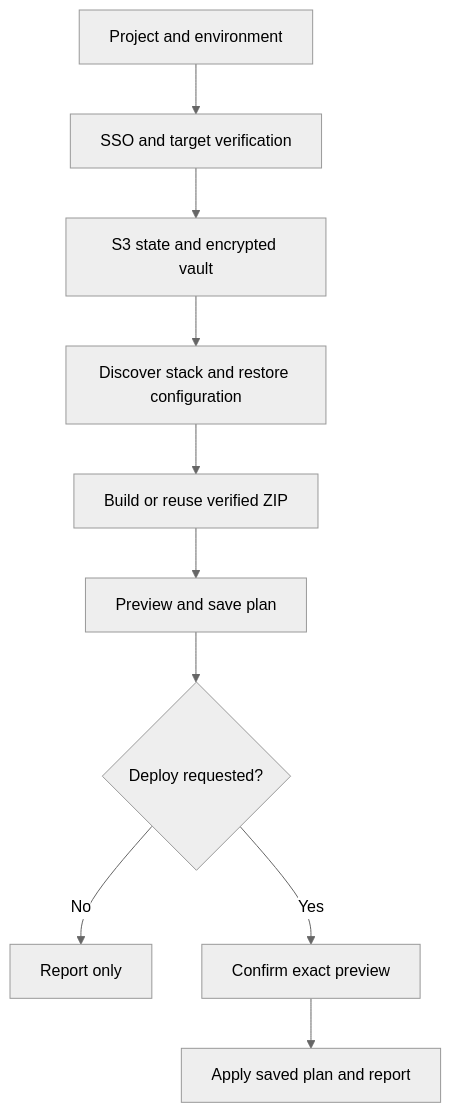
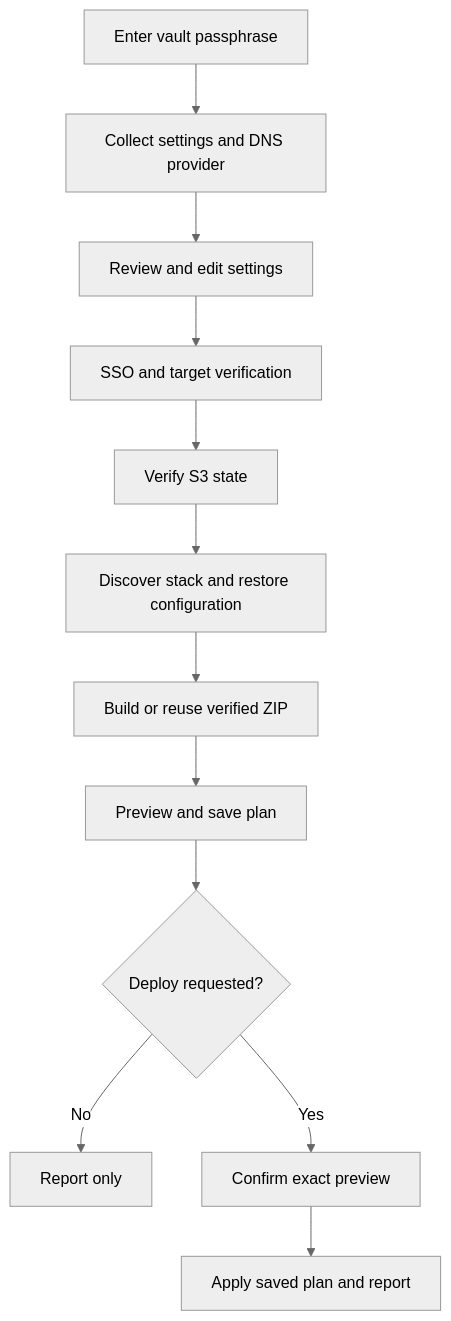
The diagram in docs/design/deployment-wizard.md (lambdawalker/go.apexfission.aws.email-verification), drawn with Mermaid (neutral theme) before and after one commit. The commit also changed other lines of this file and 4 other files, not shown here.

Commit message:
Ask for the SES sender domain's DNS provider

````diff
--- a/docs/design/deployment-wizard.md
+++ b/docs/design/deployment-wizard.md
@@ -92,12 +92,14 @@
 ```mermaid
 flowchart TD
-    I["Project and environment"] --> A["SSO and target verification"]
-    A --> S["S3 state and encrypted vault"]
+    I["Enter vault passphrase"] --> F["Collect settings and DNS provider"]
+    F --> V["Review and edit settings"]
+    V --> A["SSO and target verification"]
+    A --> S["Verify S3 state"]
     S --> R["Discover stack and restore configuration"]
     R --> B["Build or reuse verified ZIP"]
     B --> P["Preview and save plan"]
     P --> D{"Deploy requested?"}
     D -->|"No"| O["Report only"]
     D -->|"Yes"| C["Confirm exact preview"]
     C --> U["Apply saved plan and report"]
 ```
````
